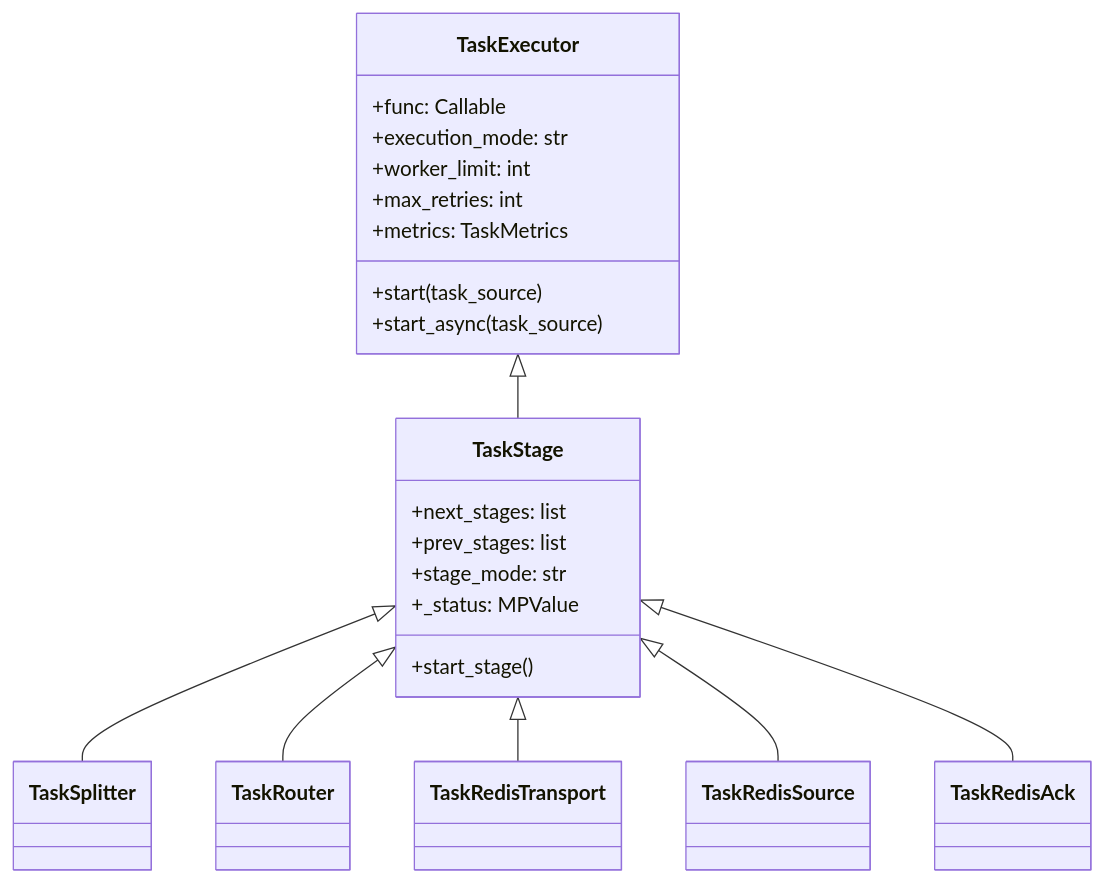
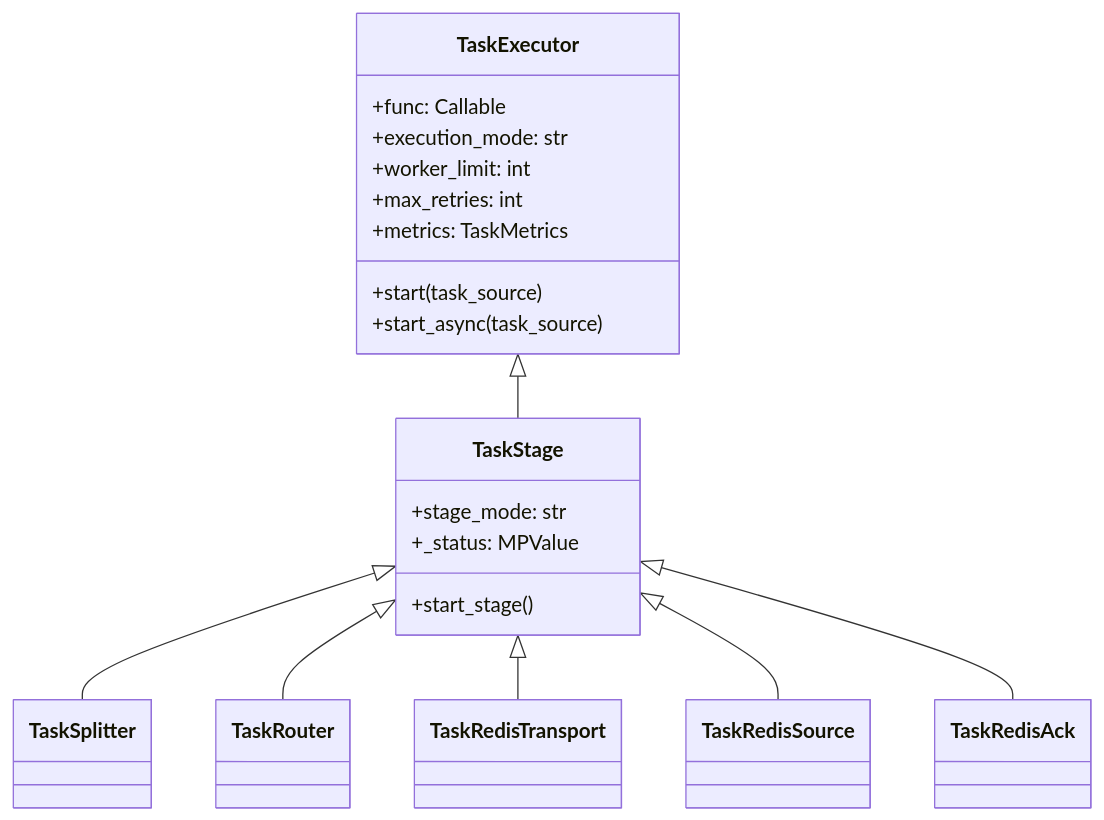
The second of 9 diagrams in docs/presentation.md (Mr-xiaotian/CelestialFlow), drawn with Mermaid before and after one commit. The commit also changed other lines of this file and 10 other files, not shown here.

````diff
--- a/docs/presentation.md
+++ b/docs/presentation.md
@@ -139,27 +138,25 @@
 ```mermaid
 classDiagram
     TaskExecutor <|-- TaskStage
     TaskStage <|-- TaskSplitter
     TaskStage <|-- TaskRouter
     TaskStage <|-- TaskRedisTransport
     TaskStage <|-- TaskRedisSource
     TaskStage <|-- TaskRedisAck
 
     class TaskExecutor {
         +func: Callable
         +execution_mode: str
         +worker_limit: int
         +max_retries: int
         +metrics: TaskMetrics
         +start(task_source)
         +start_async(task_source)
     }
 
     class TaskStage {
-        +next_stages: list
-        +prev_stages: list
         +stage_mode: str
         +_status: MPValue
         +start_stage()
     }
 ```
````
